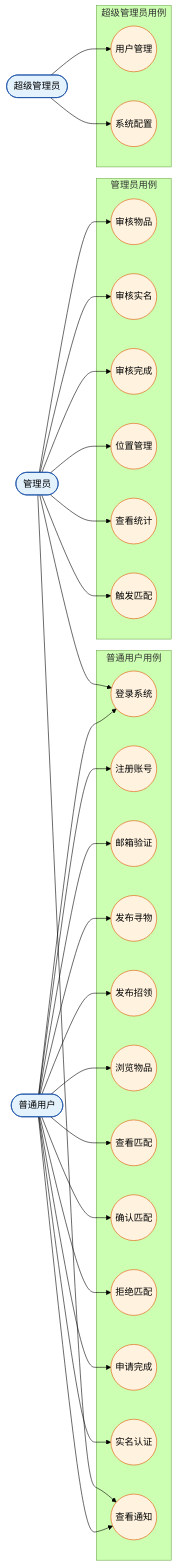
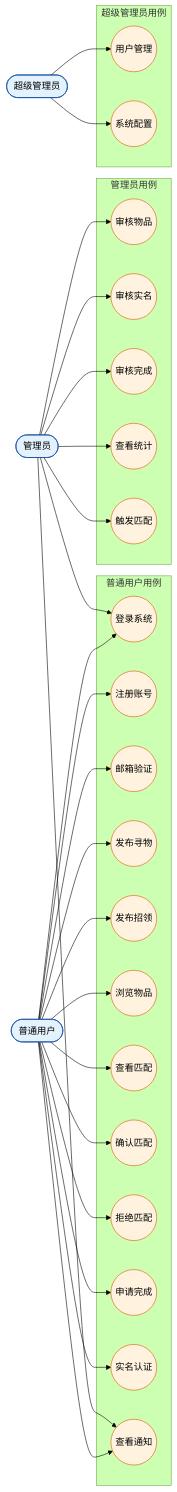
The first of 30 diagrams in docs/项目图表.md (zwj-3193655211/campus-LostandFound), drawn with Mermaid (forest theme) before and after one commit. The commit also changed 2 other files, not shown here.

Commit message:
docs: 更新文档，删除位置管理相关内容，更新图床为本地存储

````diff
--- a/docs/项目图表.md
+++ b/docs/项目图表.md
@@ -47,65 +47,63 @@
 ```mermaid
 flowchart LR
     User([普通用户])
     Admin([管理员])
     SysAdmin([超级管理员])
 
     subgraph UserUC["普通用户用例"]
         UL((登录系统))
         UR((注册账号))
         UEV((邮箱验证))
         UP1((发布寻物))
         UP2((发布招领))
         UV1((浏览物品))
         UV2((查看匹配))
         UC((确认匹配))
         UJ((拒绝匹配))
         UA((申请完成))
         UVI((实名认证))
         UN((查看通知))
     end
 
     subgraph AdminUC["管理员用例"]
         AR1((审核物品))
         AR2((审核实名))
         AR3((审核完成))
-        AL((位置管理))
         AS((查看统计))
         AT((触发匹配))
     end
 
     subgraph SysUC["超级管理员用例"]
         SM((用户管理))
         SC((系统配置))
     end
 
     User --> UL
     User --> UR
     User --> UEV
     User --> UP1
     User --> UP2
     User --> UV1
     User --> UV2
     User --> UC
     User --> UJ
     User --> UA
     User --> UVI
     User --> UN
 
     Admin --> UL
     Admin --> AR1
     Admin --> AR2
     Admin --> AR3
-    Admin --> AL
     Admin --> AS
     Admin --> AT
     Admin --> UN
 
     SysAdmin --> SM
     SysAdmin --> SC
 
     classDef actor fill:#e3f2fd,stroke:#0d47a1,color:#000
     classDef uc fill:#fff3e0,stroke:#e65100,color:#000
     class User,Admin,SysAdmin actor
     class UL,UR,UEV,UP1,UP2,UV1,UV2,UC,UJ,UA,UVI,UN,AR1,AR2,AR3,AL,AS,AT,SM,SC uc
 ```
````
